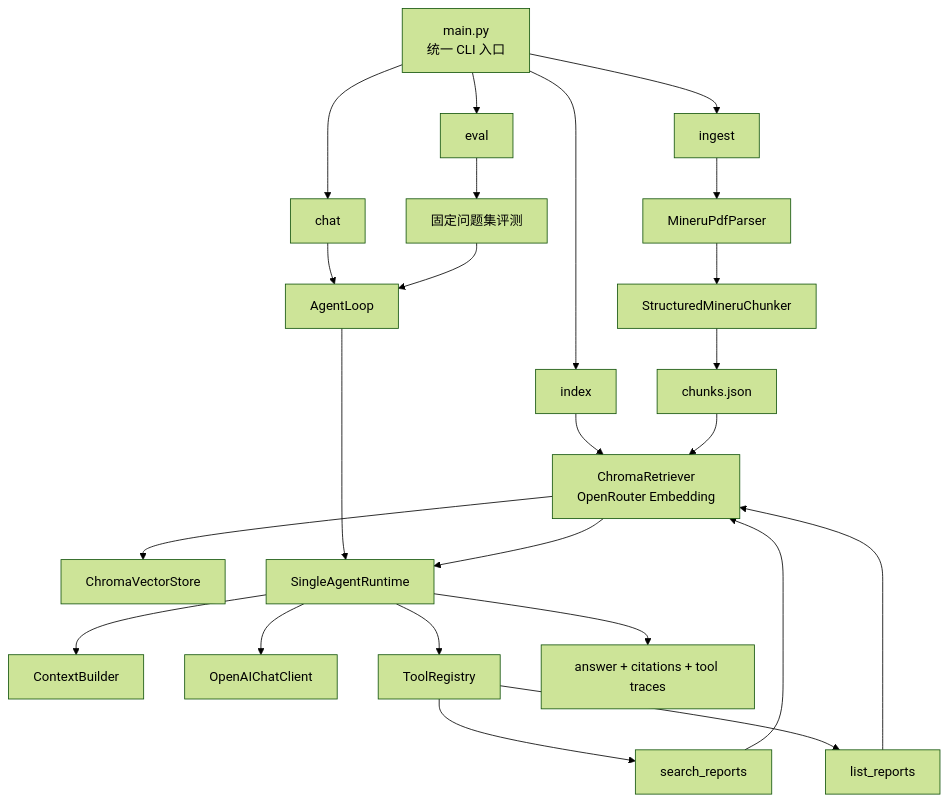
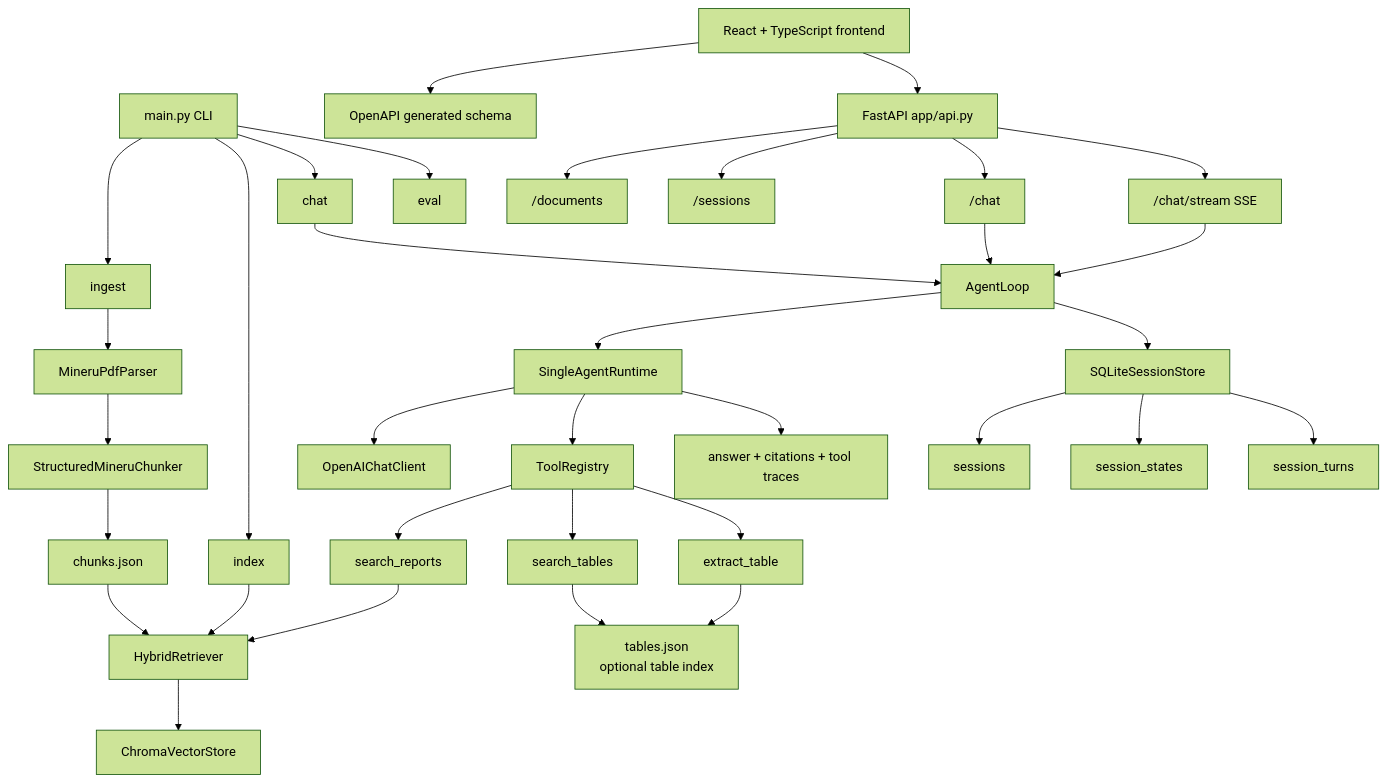
One commit to s0meb0dy3/financial-report-rag changed the diagram in README.md. Above: the diagram before and after it, drawn with Mermaid (forest theme). The commit also changed other lines of this file and 17 other files, not shown here.

Commit message:
Add persistent sessions and streaming API

````diff
--- a/README.md
+++ b/README.md
@@ -161,30 +235,42 @@
 ```mermaid
 flowchart TD
-    A["main.py<br/>统一 CLI 入口"] --> B["ingest"]
-    A --> C["index"]
-    A --> D["chat"]
-    A --> E["eval"]
+    A["main.py CLI"] --> A1["ingest"]
+    A --> A2["index"]
+    A --> A3["chat"]
+    A --> A4["eval"]
 
-    B --> B1["MineruPdfParser"]
-    B1 --> B2["StructuredMineruChunker"]
-    B2 --> B3["chunks.json"]
+    B["FastAPI app/api.py"] --> B1["/documents"]
+    B --> B2["/sessions"]
+    B --> B3["/chat"]
+    B --> B4["/chat/stream SSE"]
 
-    C --> C1["ChromaRetriever<br/>OpenRouter Embedding"]
-    B3 --> C1
-    C1 --> C2["ChromaVectorStore"]
+    F["React + TypeScript frontend"] --> F1["OpenAPI generated schema"]
+    F --> B
 
-    D --> D1["AgentLoop"]
-    D1 --> D2["SingleAgentRuntime"]
-    D2 --> D3["ContextBuilder"]
-    D2 --> D4["OpenAIChatClient"]
-    D2 --> D5["ToolRegistry"]
-    D5 --> T1["search_reports"]
-    D5 --> T2["list_reports"]
-    T1 --> C1
-    T2 --> C1
-    C1 --> D2
-    D2 --> D6["answer + citations + tool traces"]
+    A1 --> C1["MineruPdfParser"]
+    C1 --> C2["StructuredMineruChunker"]
+    C2 --> C3["chunks.json"]
+    C4["tables.json<br/>optional table index"]
 
-    E --> E1["固定问题集评测"]
-    E1 --> D1
+    A2 --> R1["HybridRetriever"]
+    C3 --> R1
+    R1 --> R2["ChromaVectorStore"]
+
+    A3 --> L["AgentLoop"]
+    B3 --> L
+    B4 --> L
+    L --> S["SingleAgentRuntime"]
+    S --> O["OpenAIChatClient"]
+    S --> T["ToolRegistry"]
+    T --> T1["search_reports"]
+    T --> T2["search_tables"]
+    T --> T3["extract_table"]
+    T1 --> R1
+    T2 --> C4
+    T3 --> C4
+    S --> P["answer + citations + tool traces"]
+    L --> DB["SQLiteSessionStore"]
+    DB --> D1["sessions"]
+    DB --> D2["session_states"]
+    DB --> D3["session_turns"]
 ```
````
